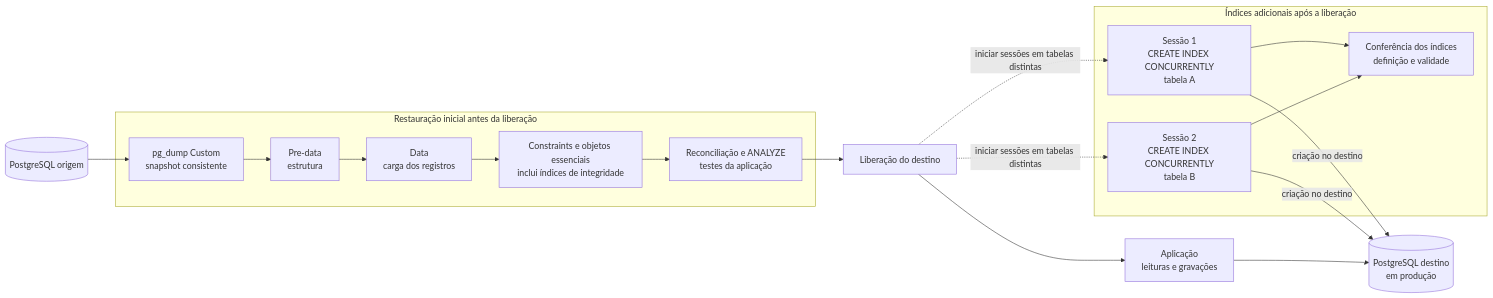
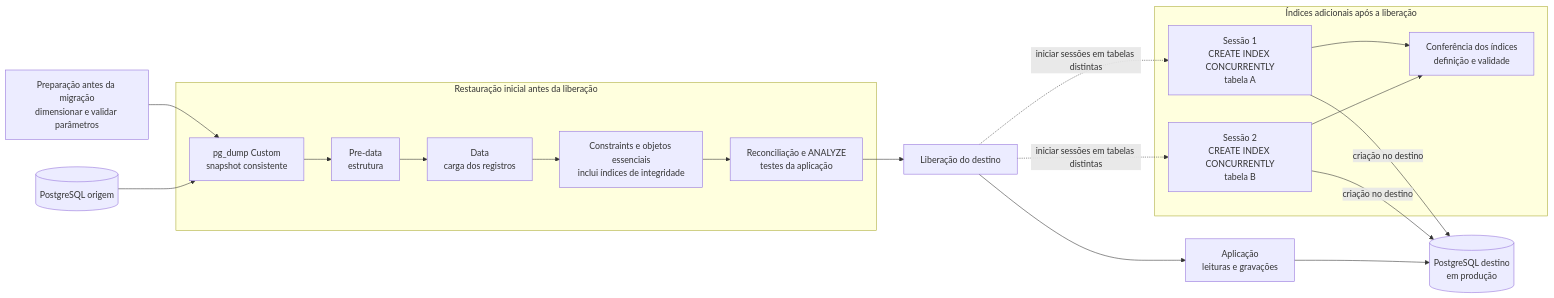
One commit to costacristiano-lang/PostgreSQL-Migracao-logica-predata-data-postdata. changed the diagram in README.md. Above: the diagram before and after it, drawn with Mermaid. The commit also changed other lines of this file, not shown here.

````diff
--- a/README.md
+++ b/README.md
@@ -13,30 +15,32 @@
 ```mermaid
 flowchart LR
     SRC[("PostgreSQL origem")]
     TGT[("PostgreSQL destino<br/>em produção")]
     APP["Aplicação<br/>leituras e gravações"]
     subgraph INITIAL["Restauração inicial antes da liberação"]
         DUMP["pg_dump Custom<br/>snapshot consistente"]
         PRE["Pre-data<br/>estrutura"]
         DATA["Data<br/>carga dos registros"]
         CONS["Constraints e objetos essenciais<br/>inclui índices de integridade"]
         VALID["Reconciliação e ANALYZE<br/>testes da aplicação"]
         DUMP --> PRE --> DATA --> CONS --> VALID
     end
     CUT["Liberação do destino"]
     subgraph INDEXES["Índices adicionais após a liberação"]
         S1["Sessão 1<br/>CREATE INDEX CONCURRENTLY<br/>tabela A"]
         S2["Sessão 2<br/>CREATE INDEX CONCURRENTLY<br/>tabela B"]
         CHECK["Conferência dos índices<br/>definição e validade"]
         S1 --> CHECK
         S2 --> CHECK
     end
+    PREP["Preparação antes da migração<br/>dimensionar e validar parâmetros"]
+    PREP --> DUMP
     SRC --> DUMP
     VALID --> CUT
     CUT --> APP
     APP --> TGT
     CUT -. "iniciar sessões em tabelas distintas" .-> S1
     CUT -. "iniciar sessões em tabelas distintas" .-> S2
     S1 -->|"criação no destino"| TGT
     S2 -->|"criação no destino"| TGT
 ```
````
